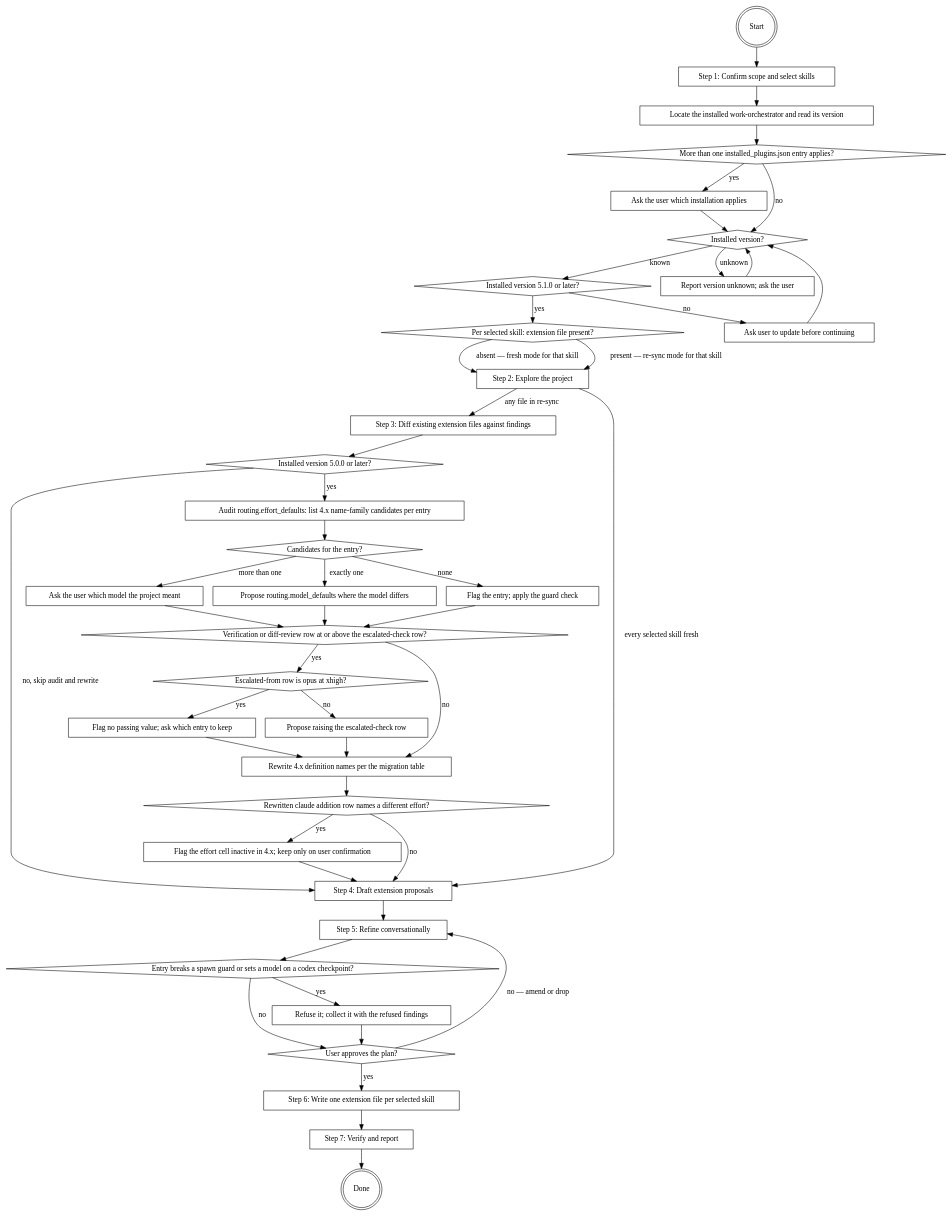
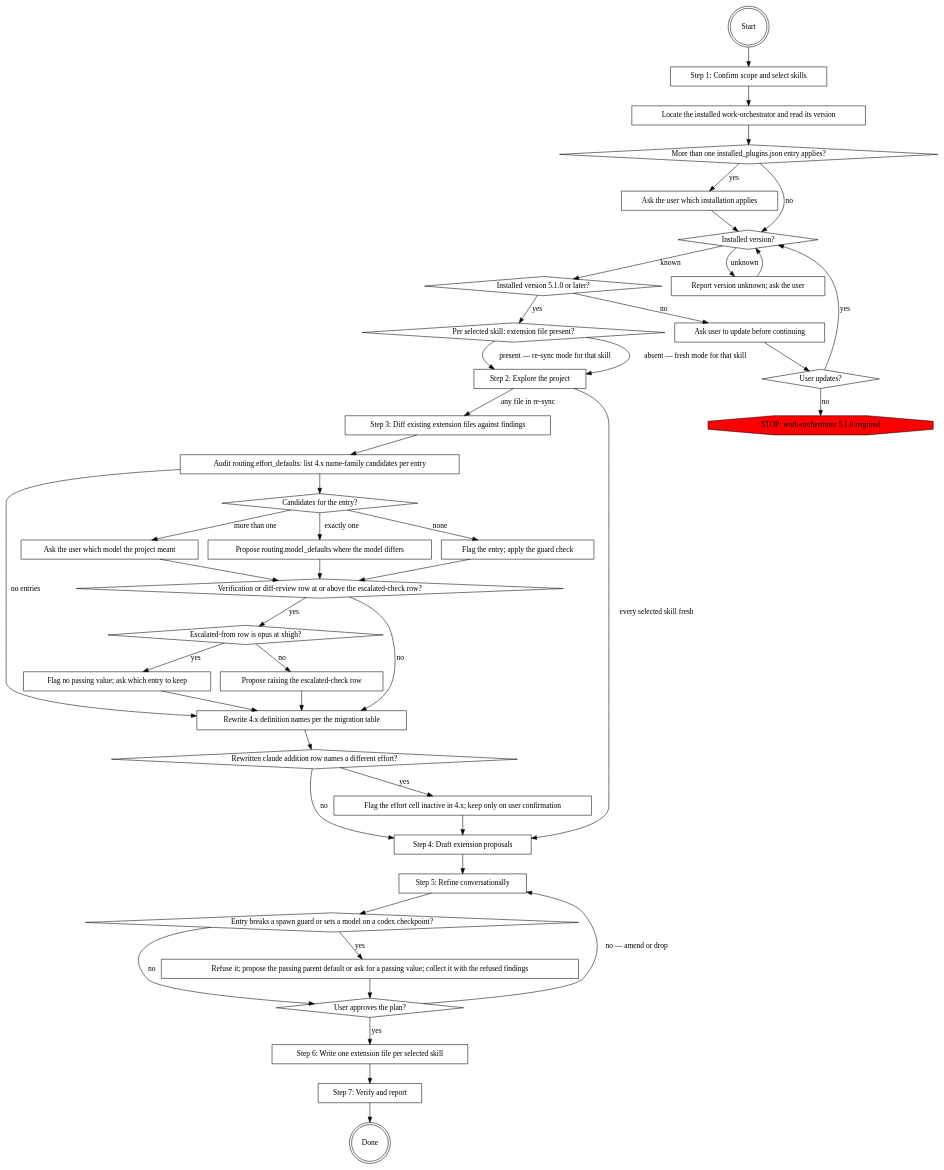
One commit to it-bens/ai-tools changed the diagram in plugins/work-orchestrator-extension-setup/skills/setting-up-work-orchestrator-extension/SKILL.md. Above: the diagram before and after it, drawn with Graphviz. The commit also changed other lines of this file and 1 other file, not shown here.

Commit message:
fix(work-orchestrator-extension-setup): stop when the user declines the 5.1.0 update
Declining the update now ends setup without writing anything instead of looping back to the version check. The unreachable below-5.0.0 branch is gone, so re-sync always runs the effort-default audit and the 4.x name rewrite, with an exit for files that hold no effort-default entry. The re-sync report says "no changes were proposed" only when Steps 3 to 5 proposed nothing.

````diff
--- a/plugins/work-orchestrator-extension-setup/skills/setting-up-work-orchestrator-extension/SKILL.md
+++ b/plugins/work-orchestrator-extension-setup/skills/setting-up-work-orchestrator-extension/SKILL.md
@@ -13,79 +13,81 @@
 ```dot
 digraph setting_up {
     "Start" [shape=doublecircle];
     "Step 1: Confirm scope and select skills" [shape=box];
     "Locate the installed work-orchestrator and read its version" [shape=box];
     "More than one installed_plugins.json entry applies?" [shape=diamond];
     "Ask the user which installation applies" [shape=box];
     "Installed version?" [shape=diamond];
     "Installed version 5.1.0 or later?" [shape=diamond];
     "Ask user to update before continuing" [shape=box];
+    "User updates?" [shape=diamond];
+    "STOP: work-orchestrator 5.1.0 required" [shape=octagon style=filled fillcolor=red];
     "Report version unknown; ask the user" [shape=box];
     "Per selected skill: extension file present?" [shape=diamond];
     "Step 2: Explore the project" [shape=box];
     "Step 3: Diff existing extension files against findings" [shape=box];
-    "Installed version 5.0.0 or later?" [shape=diamond];
     "Audit routing.effort_defaults: list 4.x name-family candidates per entry" [shape=box];
     "Candidates for the entry?" [shape=diamond];
     "Propose routing.model_defaults where the model differs" [shape=box];
     "Flag the entry; apply the guard check" [shape=box];
     "Ask the user which model the project meant" [shape=box];
     "Verification or diff-review row at or above the escalated-check row?" [shape=diamond];
     "Escalated-from row is opus at xhigh?" [shape=diamond];
     "Propose raising the escalated-check row" [shape=box];
     "Flag no passing value; ask which entry to keep" [shape=box];
     "Rewrite 4.x definition names per the migration table" [shape=box];
     "Rewritten claude addition row names a different effort?" [shape=diamond];
     "Flag the effort cell inactive in 4.x; keep only on user confirmation" [shape=box];
     "Step 4: Draft extension proposals" [shape=box];
     "Step 5: Refine conversationally" [shape=box];
     "Entry breaks a spawn guard or sets a model on a codex checkpoint?" [shape=diamond];
-    "Refuse it; collect it with the refused findings" [shape=box];
+    "Refuse it; propose the passing parent default or ask for a passing value; collect it with the refused findings" [shape=box];
     "User approves the plan?" [shape=diamond];
     "Step 6: Write one extension file per selected skill" [shape=box];
     "Step 7: Verify and report" [shape=box];
     "Done" [shape=doublecircle];
 
     "Start" -> "Step 1: Confirm scope and select skills" -> "Locate the installed work-orchestrator and read its version" -> "More than one installed_plugins.json entry applies?";
     "More than one installed_plugins.json entry applies?" -> "Ask the user which installation applies" [label="yes"];
     "More than one installed_plugins.json entry applies?" -> "Installed version?" [label="no"];
     "Ask the user which installation applies" -> "Installed version?";
     "Installed version?" -> "Report version unknown; ask the user" [label="unknown"];
     "Report version unknown; ask the user" -> "Installed version?";
     "Installed version?" -> "Installed version 5.1.0 or later?" [label="known"];
     "Installed version 5.1.0 or later?" -> "Ask user to update before continuing" [label="no"];
-    "Ask user to update before continuing" -> "Installed version?";
+    "Ask user to update before continuing" -> "User updates?";
+    "User updates?" -> "Installed version?" [label="yes"];
+    "User updates?" -> "STOP: work-orchestrator 5.1.0 required" [label="no"];
     "Installed version 5.1.0 or later?" -> "Per selected skill: extension file present?" [label="yes"];
     "Per selected skill: extension file present?" -> "Step 2: Explore the project" [label="absent — fresh mode for that skill"];
     "Per selected skill: extension file present?" -> "Step 2: Explore the project" [label="present — re-sync mode for that skill"];
     "Step 2: Explore the project" -> "Step 4: Draft extension proposals" [label="every selected skill fresh"];
     "Step 2: Explore the project" -> "Step 3: Diff existing extension files against findings" [label="any file in re-sync"];
-    "Step 3: Diff existing extension files against findings" -> "Installed version 5.0.0 or later?";
-    "Installed version 5.0.0 or later?" -> "Audit routing.effort_defaults: list 4.x name-family candidates per entry" [label="yes"];
-    "Installed version 5.0.0 or later?" -> "Step 4: Draft extension proposals" [label="no, skip audit and rewrite"];
+    "Step 3: Diff existing extension files against findings" -> "Audit routing.effort_defaults: list 4.x name-family candidates per entry";
     "Audit routing.effort_defaults: list 4.x name-family candidates per entry" -> "Candidates for the entry?";
+    "Audit routing.effort_defaults: list 4.x name-family candidates per entry" -> "Rewrite 4.x definition names per the migration table" [label="no entries"];
     "Candidates for the entry?" -> "Propose routing.model_defaults where the model differs" [label="exactly one"];
     "Candidates for the entry?" -> "Flag the entry; apply the guard check" [label="none"];
     "Candidates for the entry?" -> "Ask the user which model the project meant" [label="more than one"];
     "Propose routing.model_defaults where the model differs" -> "Verification or diff-review row at or above the escalated-check row?";
     "Flag the entry; apply the guard check" -> "Verification or diff-review row at or above the escalated-check row?";
     "Ask the user which model the project meant" -> "Verification or diff-review row at or above the escalated-check row?";
     "Verification or diff-review row at or above the escalated-check row?" -> "Escalated-from row is opus at xhigh?" [label="yes"];
     "Verification or diff-review row at or above the escalated-check row?" -> "Rewrite 4.x definition names per the migration table" [label="no"];
     "Escalated-from row is opus at xhigh?" -> "Propose raising the escalated-check row" [label="no"];
     "Escalated-from row is opus at xhigh?" -> "Flag no passing value; ask which entry to keep" [label="yes"];
     "Propose raising the escalated-check row" -> "Rewrite 4.x definition names per the migration table";
     "Flag no passing value; ask which entry to keep" -> "Rewrite 4.x definition names per the migration table";
     "Rewrite 4.x definition names per the migration table" -> "Rewritten claude addition row names a different effort?";
     "Rewritten claude addition row names a different effort?" -> "Flag the effort cell inactive in 4.x; keep only on user confirmation" [label="yes"];
     "Rewritten claude addition row names a different effort?" -> "Step 4: Draft extension proposals" [label="no"];
     "Flag the effort cell inactive in 4.x; keep only on user confirmation" -> "Step 4: Draft extension proposals";
     "Step 4: Draft extension proposals" -> "Step 5: Refine conversationally" -> "Entry breaks a spawn guard or sets a model on a codex checkpoint?";
-    "Entry breaks a spawn guard or sets a model on a codex checkpoint?" -> "Refuse it; collect it with the refused findings" [label="yes"];
+    "Entry breaks a spawn guard or sets a model on a codex checkpoint?" -> "Refuse it; propose the passing parent default or ask for a passing value; collect it with the refused findings" [label="yes"];
     "Entry breaks a spawn guard or sets a model on a codex checkpoint?" -> "User approves the plan?" [label="no"];
-    "Refuse it; collect it with the refused findings" -> "User approves the plan?";
+    "Refuse it; propose the passing parent default or ask for a passing value; collect it with the refused findings" -> "User approves the plan?";
     "User approves the plan?" -> "Step 5: Refine conversationally" [label="no — amend or drop"];
     "User approves the plan?" -> "Step 6: Write one extension file per selected skill" [label="yes"];
     "Step 6: Write one extension file per selected skill" -> "Step 7: Verify and report" -> "Done";
 }
 ```
````
